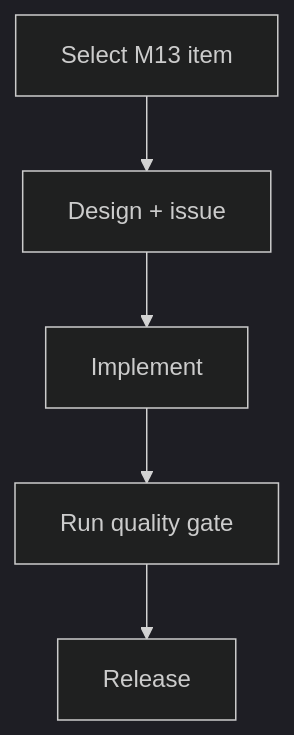
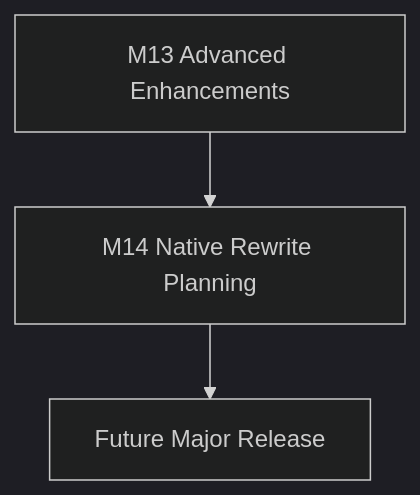
The diagram in PLAN.md (HELIX-Origin/nh-reader), drawn with Mermaid (dark theme) before and after one commit. The commit also changed other lines of this file and 99 other files, not shown here.

Commit message:
feat(release): cut v0.8.0 with Browse pivot, reader legibility polish, and native docs suite

````diff
--- a/PLAN.md
+++ b/PLAN.md
@@ -36,7 +39,5 @@
 ```mermaid
 flowchart TD
-    start[Select M13 item] --> design[Design + issue]
-    design --> implement[Implement]
-    implement --> gate[Run quality gate]
-    gate --> release[Release]
+    m13[M13 Advanced Enhancements] --> m14[M14 Native Rewrite Planning]
+    m14 --> release[Future Major Release]
 ```
````
